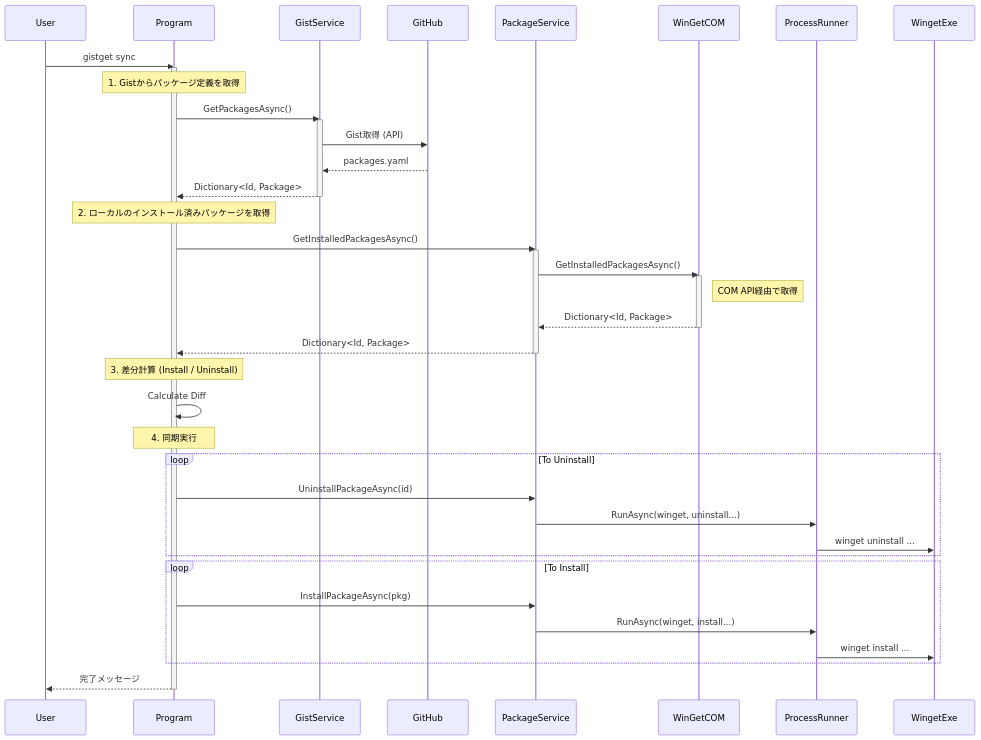
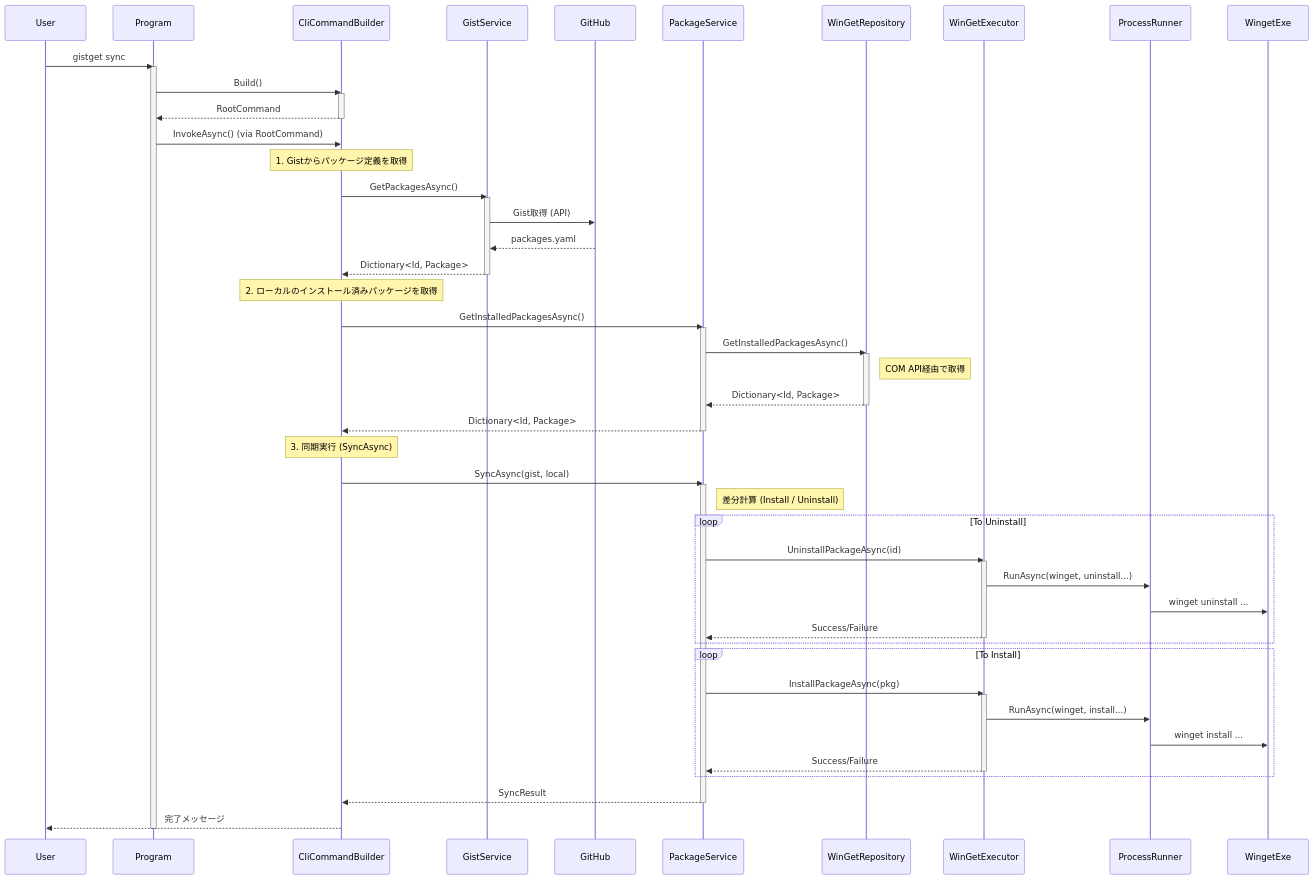
Before and after one commit to nuitsjp/GistGet: the second of 3 diagrams in docs/DESIGN.md, drawn with Mermaid. The commit also changed other lines of this file and 6 other files, not shown here.

Commit message:
feat: Add process execution abstraction, WinGet executor, package service tests, and program entry point.

````diff
--- a/docs/DESIGN.md
+++ b/docs/DESIGN.md
@@ -141,52 +115,70 @@
 ```mermaid
 sequenceDiagram
     participant User
     participant Program
+    participant CliCommandBuilder
     participant GistService
     participant GitHub
     participant PackageService
-    participant WinGetCOM
+    participant WinGetRepository
+    participant WinGetExecutor
     participant ProcessRunner
     participant WingetExe
 
     User->>Program: gistget sync
     activate Program
+    Program->>CliCommandBuilder: Build()
+    activate CliCommandBuilder
+    CliCommandBuilder-->>Program: RootCommand
+    deactivate CliCommandBuilder
+    Program->>CliCommandBuilder: InvokeAsync() (via RootCommand)
     
-    Note over Program: 1. Gistからパッケージ定義を取得
-    Program->>GistService: GetPackagesAsync()
+    Note over CliCommandBuilder: 1. Gistからパッケージ定義を取得
+    CliCommandBuilder->>GistService: GetPackagesAsync()
     activate GistService
     GistService->>GitHub: Gist取得 (API)
     GitHub-->>GistService: packages.yaml
-    GistService-->>Program: Dictionary<Id, Package>
+    GistService-->>CliCommandBuilder: Dictionary<Id, Package>
     deactivate GistService
 
-    Note over Program: 2. ローカルのインストール済みパッケージを取得
-    Program->>PackageService: GetInstalledPackagesAsync()
+    Note over CliCommandBuilder: 2. ローカルのインストール済みパッケージを取得
+    CliCommandBuilder->>PackageService: GetInstalledPackagesAsync()
     activate PackageService
-    PackageService->>WinGetCOM: GetInstalledPackagesAsync()
-    activate WinGetCOM
-    Note right of WinGetCOM: COM API経由で取得
-    WinGetCOM-->>PackageService: Dictionary<Id, Package>
-    deactivate WinGetCOM
-    PackageService-->>Program: Dictionary<Id, Package>
+    PackageService->>WinGetRepository: GetInstalledPackagesAsync()
+    activate WinGetRepository
+    Note right of WinGetRepository: COM API経由で取得
+    WinGetRepository-->>PackageService: Dictionary<Id, Package>
+    deactivate WinGetRepository
+    PackageService-->>CliCommandBuilder: Dictionary<Id, Package>
     deactivate PackageService
 
-    Note over Program: 3. 差分計算 (Install / Uninstall)
-    Program->>Program: Calculate Diff
+    Note over CliCommandBuilder: 3. 同期実行 (SyncAsync)
+    CliCommandBuilder->>PackageService: SyncAsync(gist, local)
+    activate PackageService
+    
+    Note right of PackageService: 差分計算 (Install / Uninstall)
 
-    Note over Program: 4. 同期実行
     loop To Uninstall
-        Program->>PackageService: UninstallPackageAsync(id)
-        PackageService->>ProcessRunner: RunAsync(winget, uninstall...)
+        PackageService->>WinGetExecutor: UninstallPackageAsync(id)
+        activate WinGetExecutor
+        WinGetExecutor->>ProcessRunner: RunAsync(winget, uninstall...)
         ProcessRunner->>WingetExe: winget uninstall ...
+        WinGetExecutor-->>PackageService: Success/Failure
+        deactivate WinGetExecutor
     end
 
     loop To Install
-        Program->>PackageService: InstallPackageAsync(pkg)
-        PackageService->>ProcessRunner: RunAsync(winget, install...)
+        PackageService->>WinGetExecutor: InstallPackageAsync(pkg)
+        activate WinGetExecutor
+        WinGetExecutor->>ProcessRunner: RunAsync(winget, install...)
         ProcessRunner->>WingetExe: winget install ...
+        WinGetExecutor-->>PackageService: Success/Failure
+        deactivate WinGetExecutor
     end
 
-    Program-->>User: 完了メッセージ
+    PackageService-->>CliCommandBuilder: SyncResult
+    deactivate PackageService
+
+    CliCommandBuilder-->>User: 完了メッセージ
     deactivate Program
 ```
````
